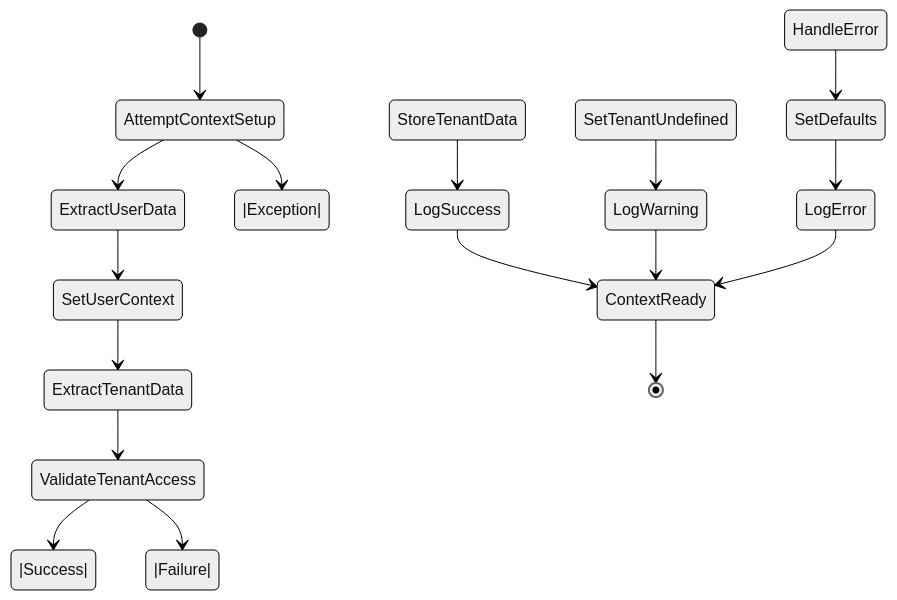
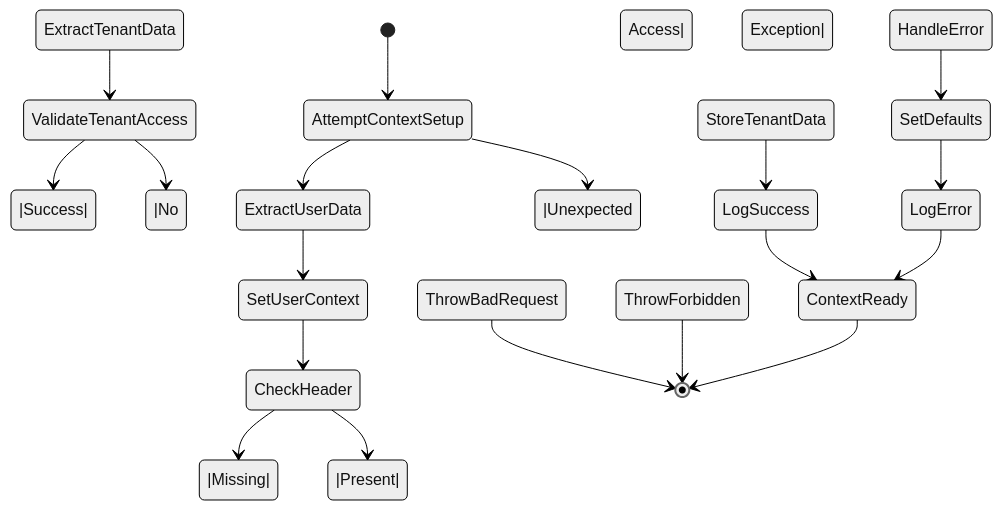
The sixth of 6 diagrams in .qoder/repowiki/en/content/Backend Architecture/Context Management with nestjs-cls.md (kimjoongwon/prj-core), drawn with Mermaid (neutral theme) before and after one commit. The commit also changed other lines of this file and 17 other files, not shown here.

````diff
--- a/.qoder/repowiki/en/content/Backend Architecture/Context Management with nestjs-cls.md
+++ b/.qoder/repowiki/en/content/Backend Architecture/Context Management with nestjs-cls.md
@@ -191,19 +200,21 @@
 ```mermaid
 stateDiagram-v2
 [*] --> AttemptContextSetup
 AttemptContextSetup --> ExtractUserData
 ExtractUserData --> SetUserContext
-SetUserContext --> ExtractTenantData
+SetUserContext --> CheckHeader
+CheckHeader --> |Missing| ThrowBadRequest
+CheckHeader --> |Present| ExtractTenantData
 ExtractTenantData --> ValidateTenantAccess
 ValidateTenantAccess --> |Success| StoreTenantData
-ValidateTenantAccess --> |Failure| SetTenantUndefined
+ValidateTenantAccess --> |No Access| ThrowForbidden
 StoreTenantData --> LogSuccess
-SetTenantUndefined --> LogWarning
 LogSuccess --> ContextReady
-LogWarning --> ContextReady
+ThrowBadRequest --> [*]
+ThrowForbidden --> [*]
 ContextReady --> [*]
-AttemptContextSetup --> |Exception| HandleError
+AttemptContextSetup --> |Unexpected Exception| HandleError
 HandleError --> SetDefaults
 SetDefaults --> LogError
 LogError --> ContextReady
 ```
````
